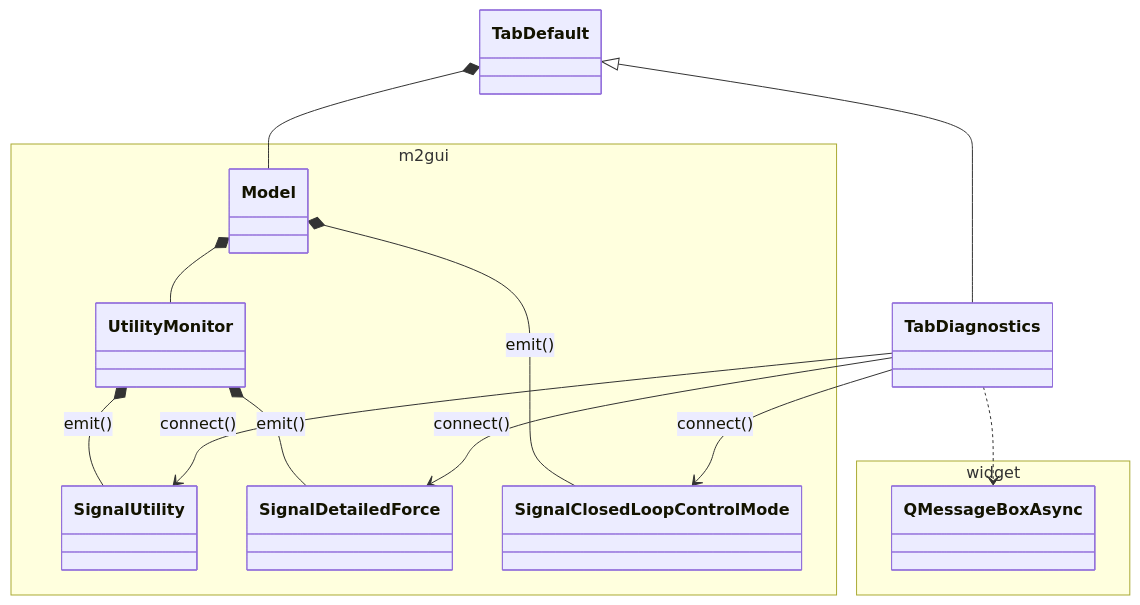
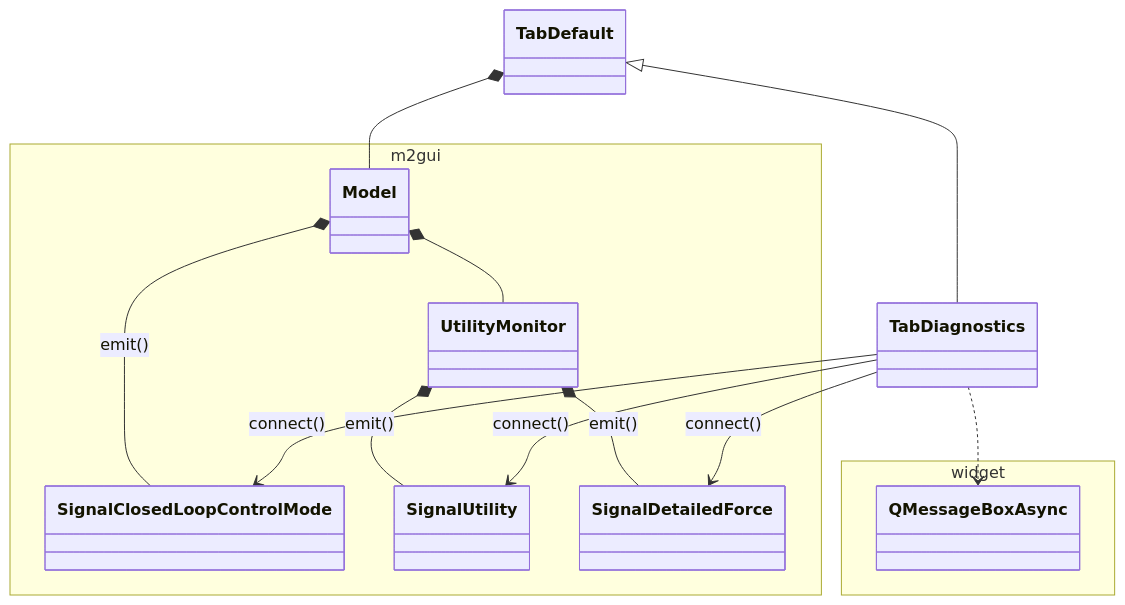
One commit to lsst-ts/ts_m2gui changed the diagram in doc/uml/controltab/class_tab_diagnostics.mmd. Above: the diagram before and after it, drawn with Mermaid. The commit also changed other lines of this file and 1 other file, not shown here.

```diff
--- a/doc/uml/controltab/class_tab_diagnostics.mmd
+++ b/doc/uml/controltab/class_tab_diagnostics.mmd
@@ -1,25 +1,25 @@
 classDiagram
 namespace m2gui {
   class Model
   class UtilityMonitor
+  class SignalClosedLoopControlMode
   class SignalUtility
   class SignalDetailedForce
-  class SignalClosedLoopControlMode
 }
 
 Model *-- UtilityMonitor
 Model *-- SignalClosedLoopControlMode : emit()
 UtilityMonitor *-- SignalUtility : emit()
 UtilityMonitor *-- SignalDetailedForce : emit()
 
 namespace widget {
   class QMessageBoxAsync
 }
 
 TabDefault *-- Model
 TabDefault <|-- TabDiagnostics
 
+TabDiagnostics --> SignalClosedLoopControlMode : connect()
 TabDiagnostics --> SignalUtility : connect()
 TabDiagnostics --> SignalDetailedForce : connect()
-TabDiagnostics --> SignalClosedLoopControlMode : connect()
 TabDiagnostics ..> QMessageBoxAsync
```
